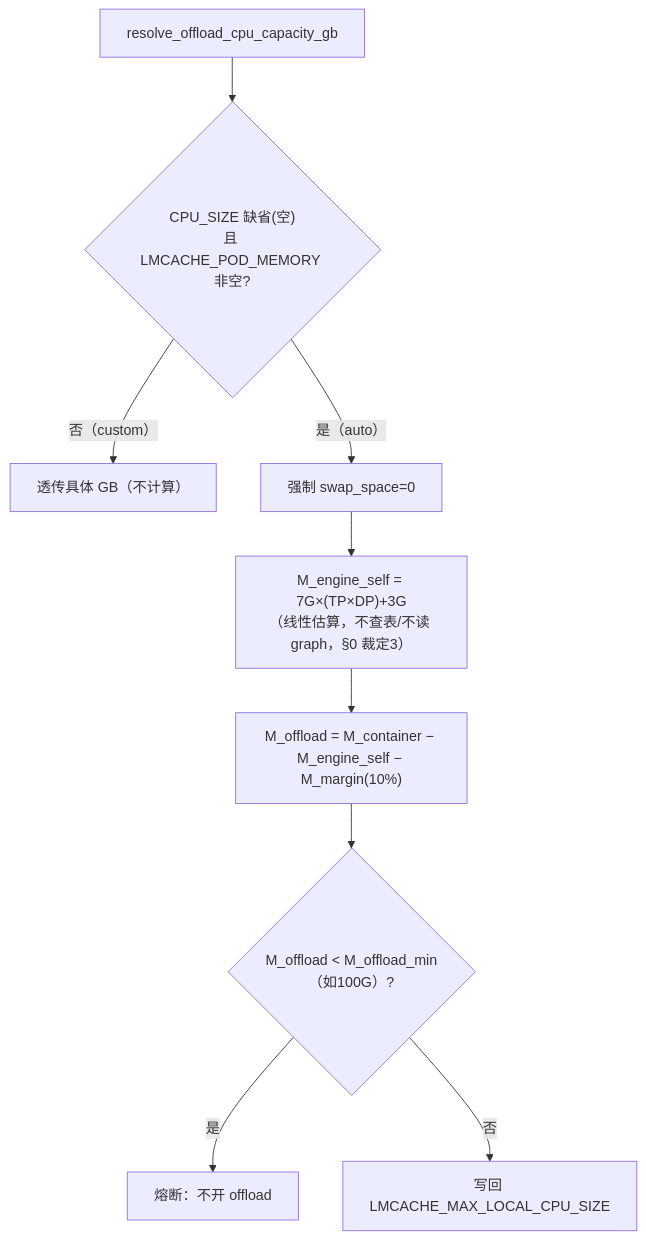
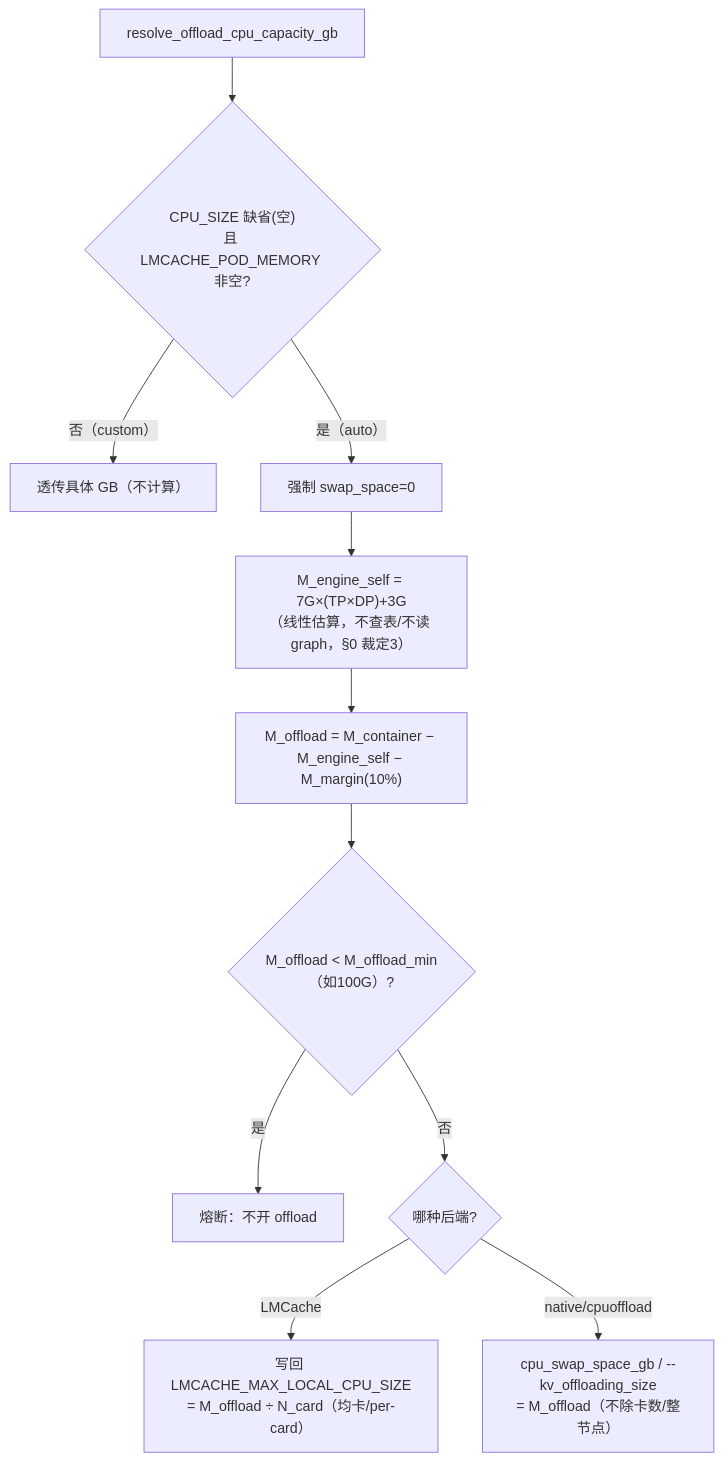
The sixth of 20 diagrams in xuqiu/smart/需求一-三特性使能.md (thegodloy-jpg/wings-control), drawn with Mermaid before and after one commit. The commit also changed other lines of this file and 10 other files, not shown here.

````diff
--- a/xuqiu/smart/需求一-三特性使能.md
+++ b/xuqiu/smart/需求一-三特性使能.md
@@ -552,11 +569,13 @@
 ```mermaid
 flowchart TD
   A["resolve_offload_cpu_capacity_gb"] --> B{"CPU_SIZE 缺省(空)<br/>且 LMCACHE_POD_MEMORY 非空?"}
   B -- 否（custom） --> C["透传具体 GB（不计算）"]
   B -- 是（auto） --> D["强制 swap_space=0"]
   D --> E["M_engine_self = 7G×(TP×DP)+3G<br/>（线性估算，不查表/不读 graph，§0 裁定3）"]
   E --> F["M_offload = M_container − M_engine_self − M_margin(10%)"]
   F --> G{"M_offload < M_offload_min（如100G）?"}
   G -- 是 --> H["熔断：不开 offload"]
-  G -- 否 --> I["写回 LMCACHE_MAX_LOCAL_CPU_SIZE"]
+  G -- 否 --> I{"哪种后端?"}
+  I -- LMCache --> I1["写回 LMCACHE_MAX_LOCAL_CPU_SIZE<br/>= M_offload ÷ N_card（均卡/per-card）"]
+  I -- native/cpuoffload --> I2["cpu_swap_space_gb / --kv_offloading_size<br/>= M_offload（不除卡数/整节点）"]
 ```
````
